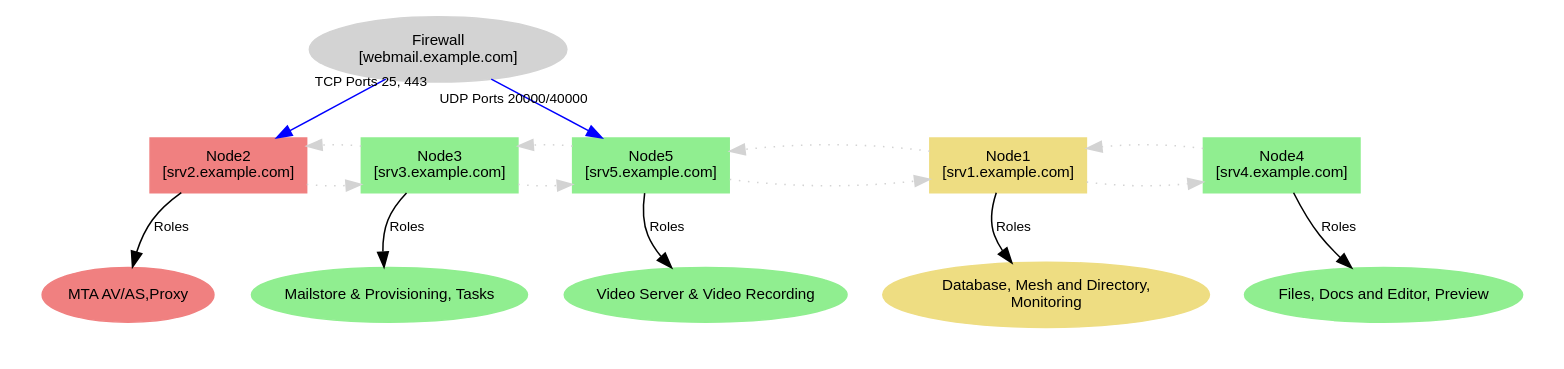
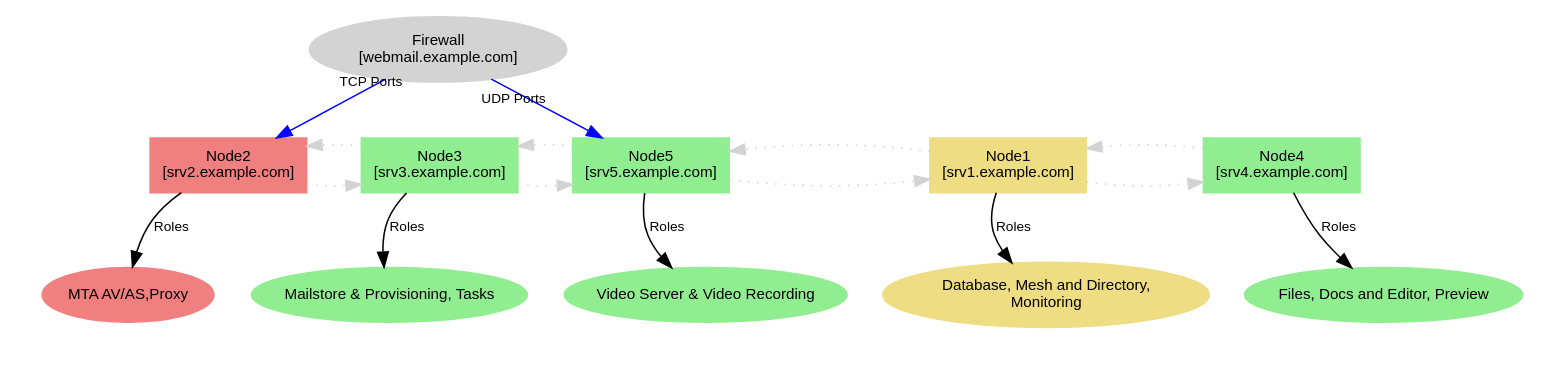
The diagram in source/carbonio/install/scenarios/fullsmall/fullsmall.dot (zextras/tech-doc), drawn with Graphviz before and after one commit. The commit also changed 3 other files, not shown here.

```diff
--- a/source/carbonio/install/scenarios/fullsmall/fullsmall.dot
+++ b/source/carbonio/install/scenarios/fullsmall/fullsmall.dot
@@ -1,99 +1,99 @@
 digraph NetworkWithPortForwarding {
     rankdir=TB;
     node [shape=box, style=filled, fontname="Arial", fontsize=10];
 
     // Firewall node
     "Firewall" [label="Firewall\n[webmail.example.com]", shape=ellipse, style=filled, color=lightgrey];
 
     "Node1 (Server)" [label="Node1 \n[srv1.example.com]", shape=box, style=filled, color=lightgoldenrod];
 
     subgraph cluster_roles_node1 {
         label = ""; // Remove default cluster label
         color = none; // Remove box boundary
 
         "RolesNode1" [label="Database, Mesh and Directory,\nMonitoring", 
                       shape=ellipse, style=filled, color=lightgoldenrod, fontname="Arial", fontsize=10];
     }
 
     "Node2 (Server)" [label="Node2 \n[srv2.example.com]", shape=box, style=filled, color=lightcoral];
 
     subgraph cluster_roles_node2 {
         label = ""; // Remove default cluster label
         color = none; // Remove box boundary
 
         "RolesNode2" [label="MTA AV/AS,Proxy", 
                       shape=ellipse, style=filled, color=lightcoral, fontname="Arial", fontsize=10];
     }
 
     "Node3 (Server)" [label="Node3 \n[srv3.example.com]", shape=box, style=filled, color=lightgreen];
 
     subgraph cluster_roles_node3 {
         label = ""; // Remove default cluster label
         color = none; // Remove box boundary
 
         "RolesNode3" [label="Mailstore & Provisioning, Tasks", 
                       shape=ellipse, style=filled, color=lightgreen, fontname="Arial", fontsize=10];
     }
 
    "Node4 (Server)" [label="Node4 \n[srv4.example.com]", shape=box, style=filled, color=lightgreen];
 
     subgraph cluster_roles_node4 {
         label = ""; // Remove default cluster label
         color = none; // Remove box boundary
 
         "RolesNode4" [label="Files, Docs and Editor, Preview", 
                       shape=ellipse, style=filled, color=lightgreen, fontname="Arial", fontsize=10];
     }
 
    "Node5 (Server)" [label="Node5 \n[srv5.example.com]", shape=box, style=filled, color=lightgreen];
 
     subgraph cluster_roles_node5 {
         label = ""; // Remove default cluster label
         color = none; // Remove box boundary
 
         "RolesNode5" [label="Video Server & Video Recording", 
                       shape=ellipse, style=filled, color=lightgreen, fontname="Arial", fontsize=10];
     }
 
 
 
     // Rank constraints to place Firewall above other nodes
     { rank=min; "Firewall"; }
     { rank=same; "Node1 (Server)"; "Node2 (Server)"; "Node3 (Server)"; "Node4 (Server)"; "Node5 (Server)";}
 
     // Port forwarding arrows
-    "Firewall" -> "Node2 (Server)" [color=blue, taillabel="TCP Ports 25, 443", labeldistance=1, labelangle=-15, fontname="Arial", fontsize=9];
-    "Firewall" -> "Node5 (Server)" [color=blue, taillabel="UDP Ports 20000/40000", labeldistance=2, labelangle=-15, fontname="Arial", fontsize=9];
+    "Firewall" -> "Node2 (Server)" [color=blue, taillabel="TCP Ports", labeldistance=1, labelangle=-15, fontname="Arial", fontsize=9];
+    "Firewall" -> "Node5 (Server)" [color=blue, taillabel="UDP Ports", labeldistance=2, labelangle=-15, fontname="Arial", fontsize=9];
 
 
     // Connect nodes to their respective roles with visible edges
     "Node1 (Server)" -> "RolesNode1" [label="Roles", color=black, fontname="Arial", fontsize=9];
     "Node2 (Server)" -> "RolesNode2" [label="Roles", color=black, fontname="Arial", fontsize=9];
     "Node3 (Server)" -> "RolesNode3" [label="Roles", color=black, fontname="Arial", fontsize=9];
     "Node4 (Server)" -> "RolesNode4" [label="Roles", color=black, fontname="Arial", fontsize=9];
     "Node5 (Server)" -> "RolesNode5" [label="Roles", color=black, fontname="Arial", fontsize=9];
 
 
     // Network-like connections between nodes using dashed lines (corrected to directed edges)
     "Node2 (Server)" -> "Node3 (Server)" [style=dotted, color=lightgrey];
     "Node3 (Server)" -> "Node2 (Server)" [style=dotted, color=lightgrey];
 
     "Node3 (Server)" -> "Node5 (Server)" [style=dotted, color=lightgrey];
     "Node5 (Server)" -> "Node3 (Server)" [style=dotted, color=lightgrey];
 
     "Node5 (Server)" -> "Node1 (Server)" [style=dotted, color=lightgrey];
     "Node1 (Server)" -> "Node5 (Server)" [style=dotted, color=lightgrey];
 
     "Node1 (Server)" -> "Node4 (Server)" [style=dotted, color=lightgrey];
     "Node4 (Server)" -> "Node1 (Server)" [style=dotted, color=lightgrey];
 
 
     // Connect nodes to their respective roles (invisible links for structure)
     "Node1 (Server)" -> "RolesNode1" [style=invis];
     "Node2 (Server)" -> "RolesNode2" [style=invis];
     "Node3 (Server)" -> "RolesNode3" [style=invis];
     "Node4 (Server)" -> "RolesNode4" [style=invis];
     "Node5 (Server)" -> "RolesNode5" [style=invis];
 
 
 }
```
